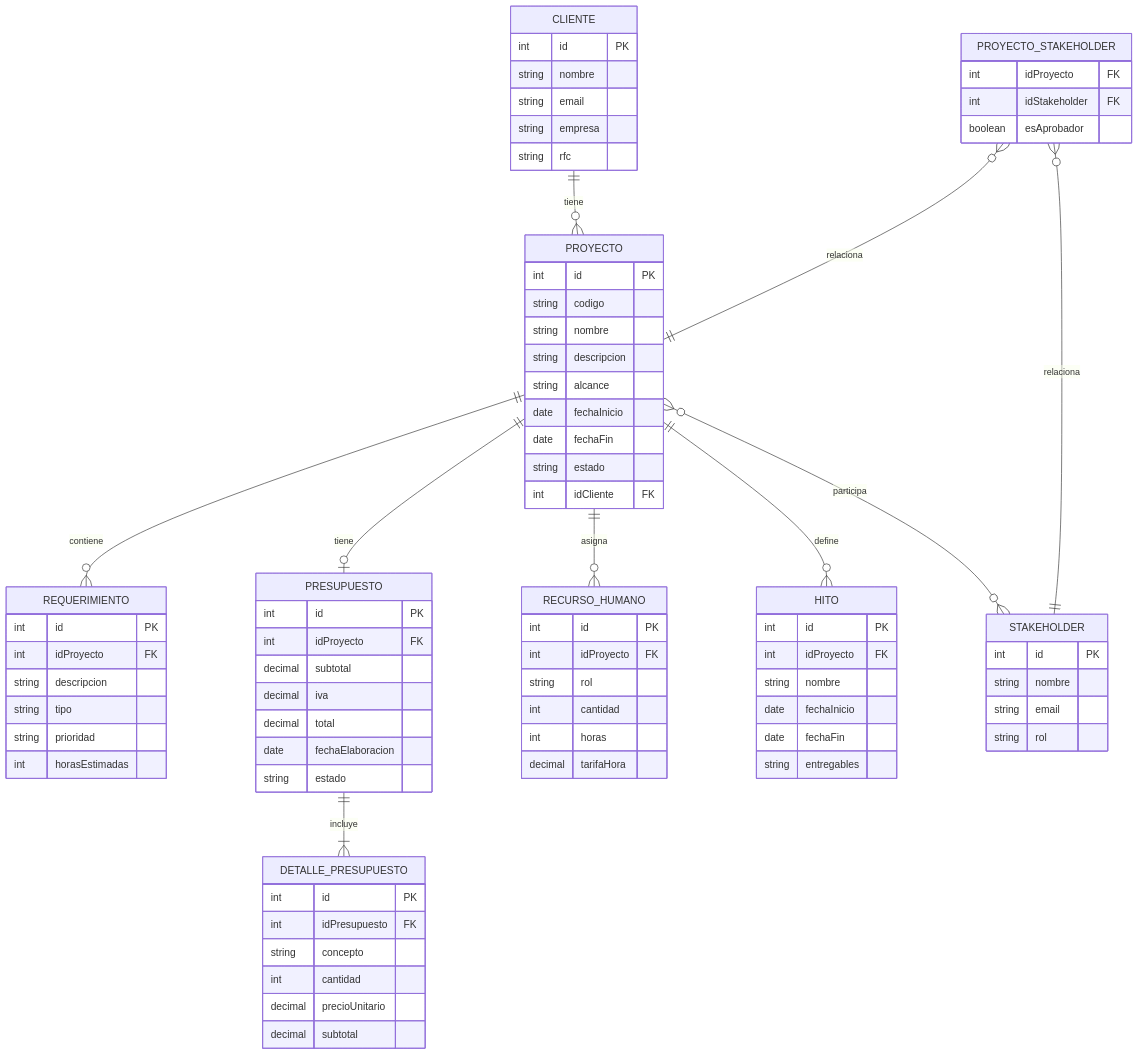
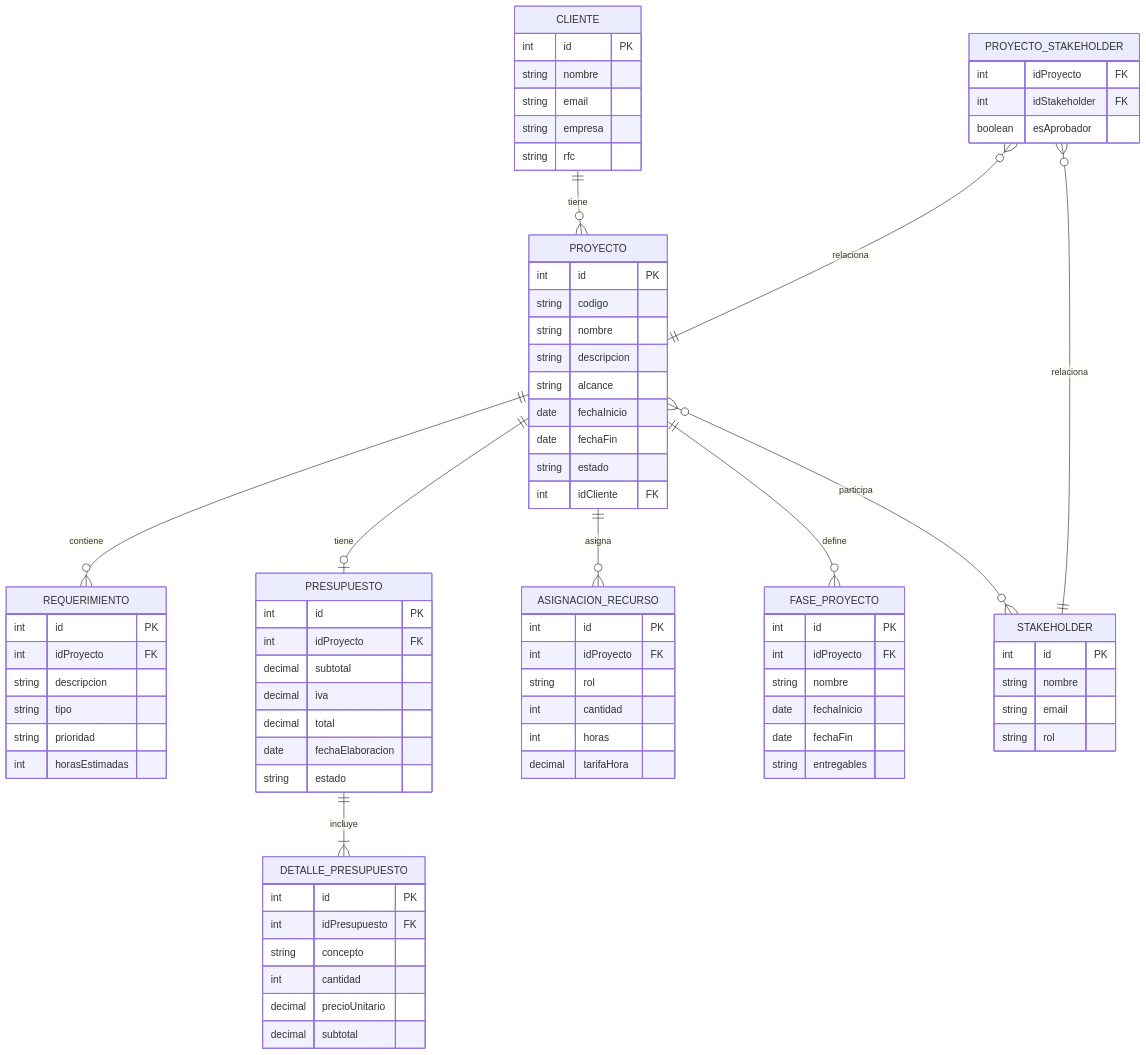
The diagram in src/main/resources/Diagramas/Diagrama ER.mermaid (Pollix27/NGINX-Start_project), drawn with Mermaid before and after one commit. The commit also changed 4 other files, not shown here.

Commit message:
se actualizaron los diagramas de clases y Entidad relacion

```diff
--- a/src/main/resources/Diagramas/Diagrama ER.mermaid
+++ b/src/main/resources/Diagramas/Diagrama ER.mermaid
@@ -1,89 +1,89 @@
 erDiagram
     CLIENTE ||--o{ PROYECTO : "tiene"
     PROYECTO ||--o{ REQUERIMIENTO : "contiene"
     PROYECTO ||--o| PRESUPUESTO : "tiene"
     PRESUPUESTO ||--|{ DETALLE_PRESUPUESTO : "incluye"
-    PROYECTO ||--o{ RECURSO_HUMANO : "asigna"
-    PROYECTO ||--o{ HITO : "define"
+    PROYECTO ||--o{ ASIGNACION_RECURSO : "asigna"
+    PROYECTO ||--o{ FASE_PROYECTO : "define"
     PROYECTO }o--o{ STAKEHOLDER : "participa"
     PROYECTO_STAKEHOLDER }o--|| PROYECTO : "relaciona"
     PROYECTO_STAKEHOLDER }o--|| STAKEHOLDER : "relaciona"
 
     CLIENTE {
         int id PK
         string nombre
         string email
         string empresa
         string rfc
     }
 
     PROYECTO {
         int id PK
         string codigo
         string nombre
         string descripcion
         string alcance
         date fechaInicio
         date fechaFin
         string estado
         int idCliente FK
     }
 
     REQUERIMIENTO {
         int id PK
         int idProyecto FK
         string descripcion
         string tipo
         string prioridad
         int horasEstimadas
     }
 
     PRESUPUESTO {
         int id PK
         int idProyecto FK
         decimal subtotal
         decimal iva
         decimal total
         date fechaElaboracion
         string estado
     }
 
     DETALLE_PRESUPUESTO {
         int id PK
         int idPresupuesto FK
         string concepto
         int cantidad
         decimal precioUnitario
         decimal subtotal
     }
 
-    RECURSO_HUMANO {
+    ASIGNACION_RECURSO {
         int id PK
         int idProyecto FK
         string rol
         int cantidad
         int horas
         decimal tarifaHora
     }
 
-    HITO {
+    FASE_PROYECTO {
         int id PK
         int idProyecto FK
         string nombre
         date fechaInicio
         date fechaFin
         string entregables
     }
 
     STAKEHOLDER {
         int id PK
         string nombre
         string email
         string rol
     }
 
     PROYECTO_STAKEHOLDER {
         int idProyecto FK
         int idStakeholder FK
         boolean esAprobador
     }
```
